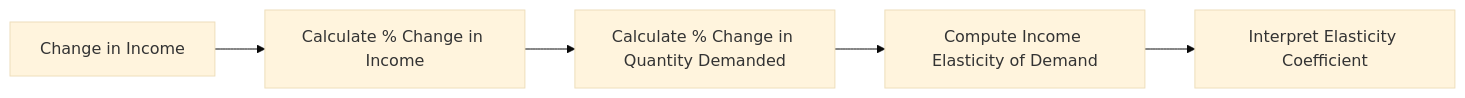
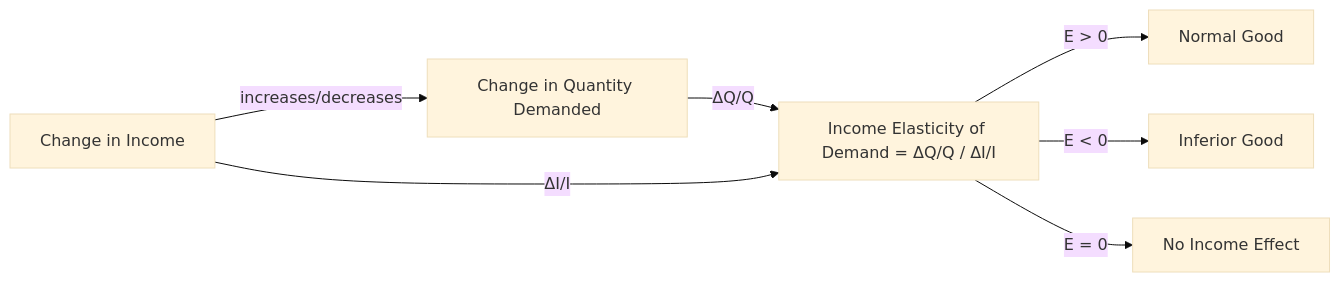
The diagram in Obsidian_Vault/2-Academic/Winter 2026/Economics/2_Theory_Of_Demand_And_Supply/Income_Elasticity_Of_Demand.md (DagimAlemayehuu/Ater), drawn with Mermaid (base theme) before and after one commit. The commit also changed other lines of this file and 39 other files, not shown here.

````diff
--- a/Obsidian_Vault/2-Academic/Winter 2026/Economics/2_Theory_Of_Demand_And_Supply/Income_Elasticity_Of_Demand.md
+++ b/Obsidian_Vault/2-Academic/Winter 2026/Economics/2_Theory_Of_Demand_And_Supply/Income_Elasticity_Of_Demand.md
@@ -36,9 +34,11 @@
 ```mermaid
 
 graph LR
-    A[Change in Income] --> B[Calculate % Change in Income]
-    B --> C[Calculate % Change in Quantity Demanded]
-    C --> D[Compute Income Elasticity of Demand]
-    D --> E[Interpret Elasticity Coefficient]
+    A[Change in Income] -->|increases/decreases| B[Change in Quantity Demanded]
+    B -->|ΔQ/Q| C[Income Elasticity of Demand = ΔQ/Q / ΔI/I]
+    A -->|ΔI/I| C
+    C -->|E > 0| D[Normal Good]
+    C -->|E < 0| E[Inferior Good]
+    C -->|E = 0| F[No Income Effect]
 
 ```
````
